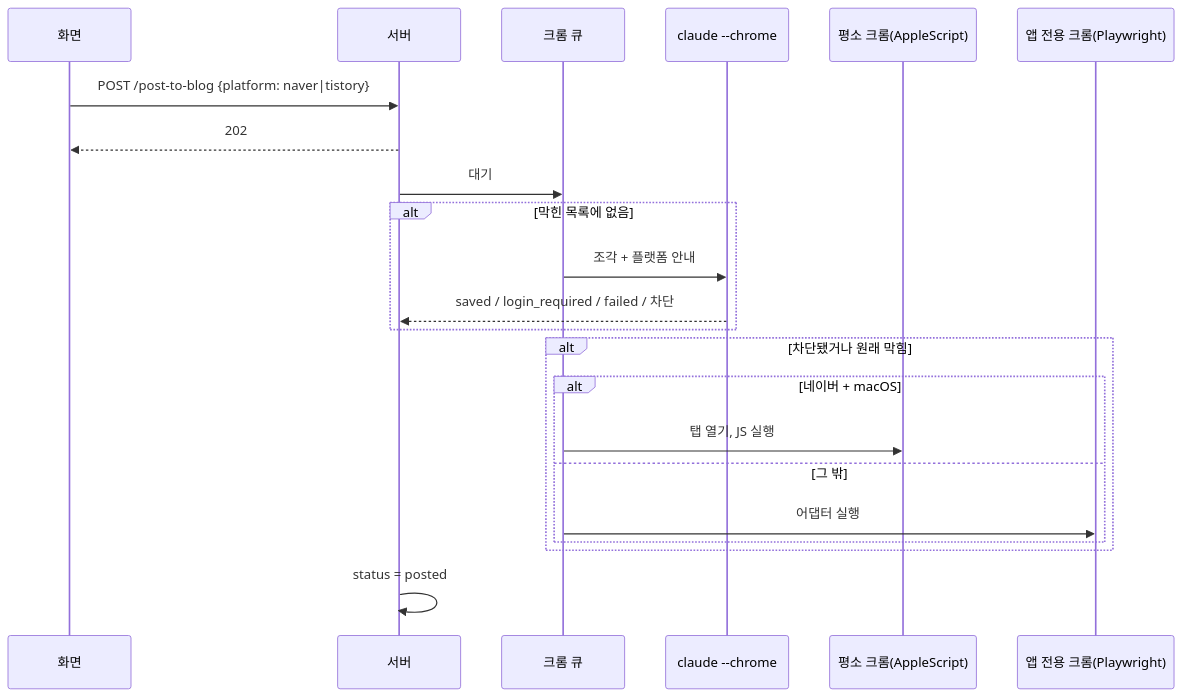
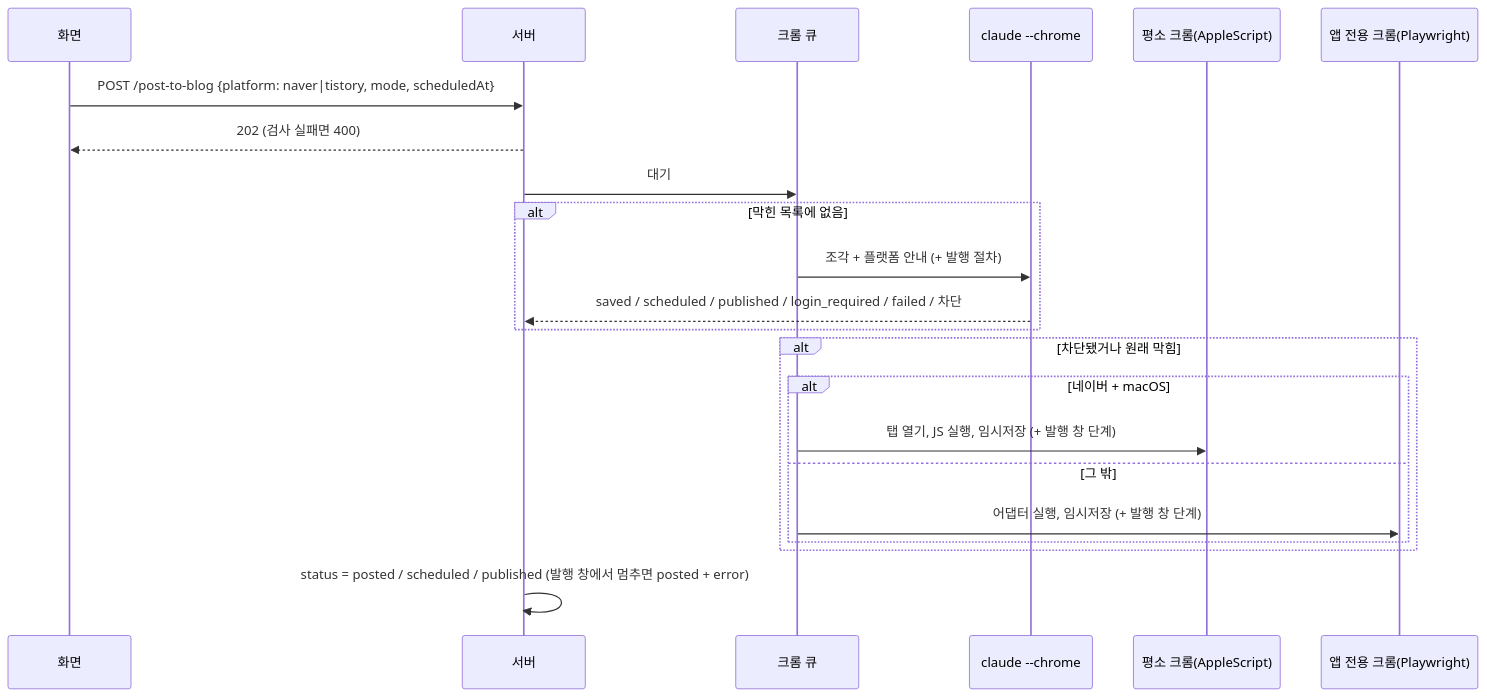
Before and after one commit to beekei-god/blog-writer: the first of 2 diagrams in vault/wiki/publishing/flows/블로그 임시저장 플로우.md, drawn with Mermaid. The commit also changed other lines of this file and 124 other files, not shown here.

First line of the commit message:
Update wiki: method choice, unified statuses, Naver·Tistory publishing

````diff
--- a/vault/wiki/publishing/flows/블로그 임시저장 플로우.md
+++ b/vault/wiki/publishing/flows/블로그 임시저장 플로우.md
@@ -42,24 +51,24 @@
 ```mermaid
 sequenceDiagram
   participant W as 화면
   participant S as 서버
   participant Q as 크롬 큐
   participant C as claude --chrome
   participant U as 평소 크롬(AppleScript)
   participant A as 앱 전용 크롬(Playwright)
-  W->>S: POST /post-to-blog {platform: naver|tistory}
-  S-->>W: 202
+  W->>S: POST /post-to-blog {platform: naver|tistory, mode, scheduledAt}
+  S-->>W: 202 (검사 실패면 400)
   S->>Q: 대기
   alt 막힌 목록에 없음
-    Q->>C: 조각 + 플랫폼 안내
-    C-->>S: saved / login_required / failed / 차단
+    Q->>C: 조각 + 플랫폼 안내 (+ 발행 절차)
+    C-->>S: saved / scheduled / published / login_required / failed / 차단
   end
   alt 차단됐거나 원래 막힘
     alt 네이버 + macOS
-      Q->>U: 탭 열기, JS 실행
+      Q->>U: 탭 열기, JS 실행, 임시저장 (+ 발행 창 단계)
     else 그 밖
-      Q->>A: 어댑터 실행
+      Q->>A: 어댑터 실행, 임시저장 (+ 발행 창 단계)
     end
   end
-  S->>S: status = posted
+  S->>S: status = posted / scheduled / published (발행 창에서 멈추면 posted + error)
 ```
````
